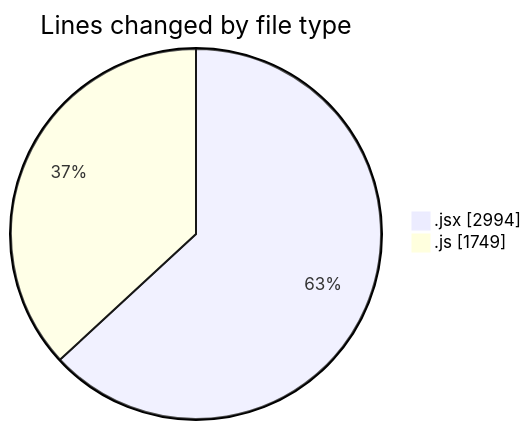
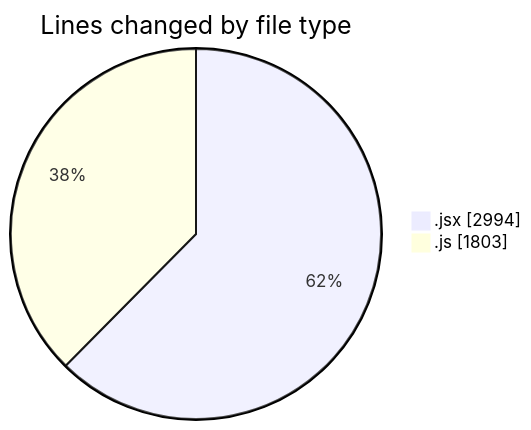
The first of 2 diagrams in 2025-07-19/nxtqube_webapp/README.md (nxtqubesakshisongat/code-tracking), drawn with Mermaid before and after one commit. The commit also changed other lines of this file and 1 other file, not shown here.

````diff
--- a/2025-07-19/nxtqube_webapp/README.md
+++ b/2025-07-19/nxtqube_webapp/README.md
@@ -30,6 +30,6 @@
 ```mermaid
 pie showData
 title Lines changed by file type
 ".jsx" : 2994
-".js" : 1749
+".js" : 1803
 ```
````
